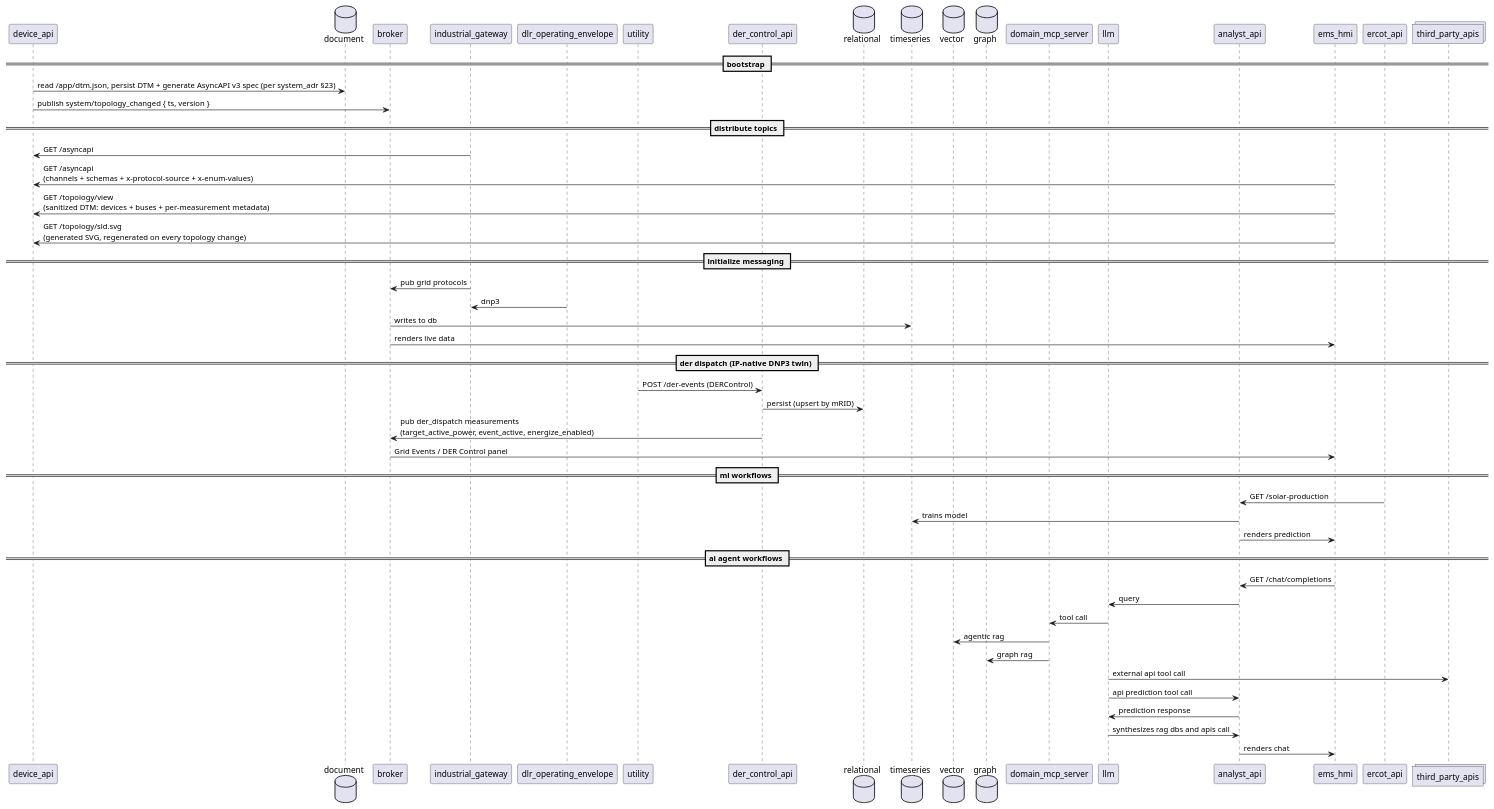
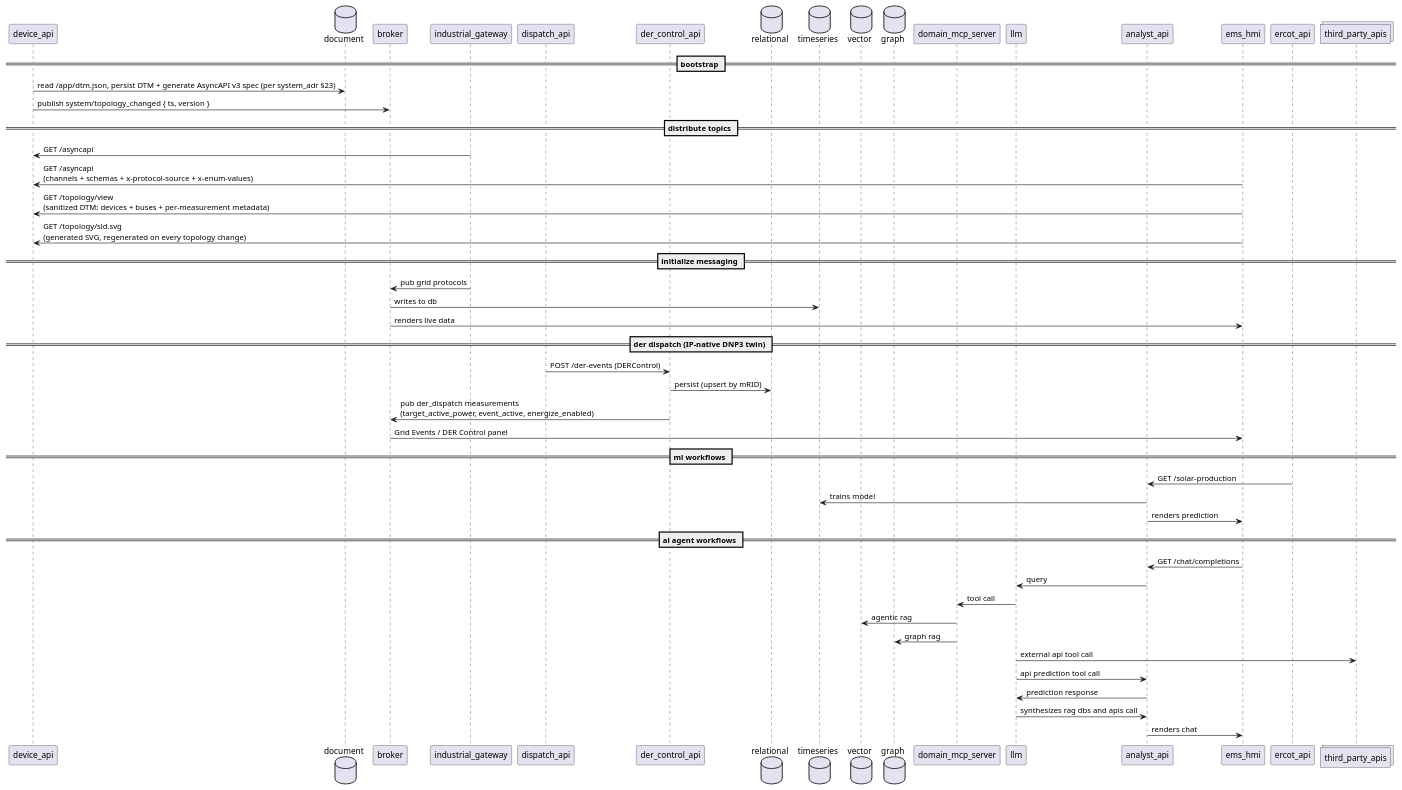
One commit to arcnode-io/ems changed the second of 7 diagrams in readme.md. Above: the diagram before and after it, drawn with PlantUML. The commit also changed other lines of this file, not shown here.

````diff
--- a/readme.md
+++ b/readme.md
@@ -72,52 +72,50 @@
 ```plantuml
 participant device_api
 database document
 participant broker
 participant industrial_gateway
-participant dlr_operating_envelope
-participant utility
+participant dispatch_api
 participant der_control_api
 database relational
 database timeseries
 database vector
 database graph
 participant domain_mcp_server
 participant llm
 participant analyst_api
 participant ems_hmi
 participant ercot_api
 collections third_party_apis
 == bootstrap ==
 device_api -> document: read /app/dtm.json, persist DTM + generate AsyncAPI v3 spec (per system_adr §23)
 device_api -> broker: publish system/topology_changed { ts, version }
 == distribute topics ==
 industrial_gateway -> device_api: GET /asyncapi
 ems_hmi -> device_api: GET /asyncapi\n(channels + schemas + x-protocol-source + x-enum-values)
 ems_hmi -> device_api: GET /topology/view\n(sanitized DTM: devices + buses + per-measurement metadata)
 ems_hmi -> device_api: GET /topology/sld.svg\n(generated SVG, regenerated on every topology change)
 ==  initialize messaging ==
 industrial_gateway -> broker: pub grid protocols
-dlr_operating_envelope -> industrial_gateway: dnp3
 broker -> timeseries: writes to db
 broker -> ems_hmi: renders live data
 == der dispatch (IP-native DNP3 twin) ==
-utility -> der_control_api: POST /der-events (DERControl)
+dispatch_api -> der_control_api: POST /der-events (DERControl)
 der_control_api -> relational: persist (upsert by mRID)
 der_control_api -> broker: pub der_dispatch measurements\n(target_active_power, event_active, energize_enabled)
 broker -> ems_hmi: Grid Events / DER Control panel
 == ml workflows ==
 ercot_api -> analyst_api: GET /solar-production
 timeseries <- analyst_api: trains model
 analyst_api -> ems_hmi: renders prediction
 == ai agent workflows ==
 ems_hmi -> analyst_api: GET /chat/completions  
 analyst_api -> llm: query
 llm -> domain_mcp_server: tool call
 domain_mcp_server -> vector: agentic rag
 domain_mcp_server -> graph: graph rag
 llm -> third_party_apis: external api tool call
 llm -> analyst_api: api prediction tool call
 analyst_api -> llm: prediction response
 llm -> analyst_api: synthesizes rag dbs and apis call
 analyst_api -> ems_hmi: renders chat
 ```
````
